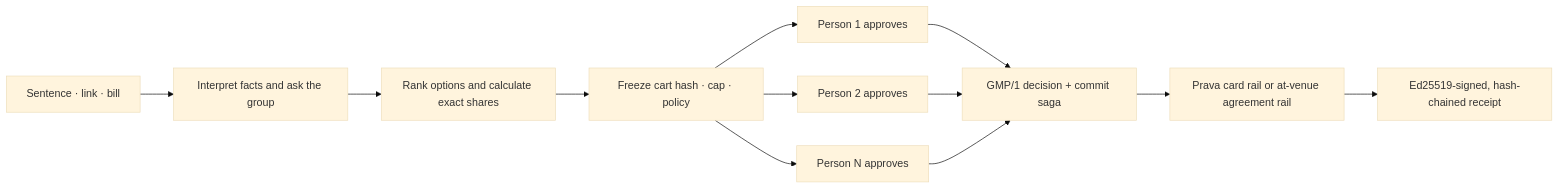
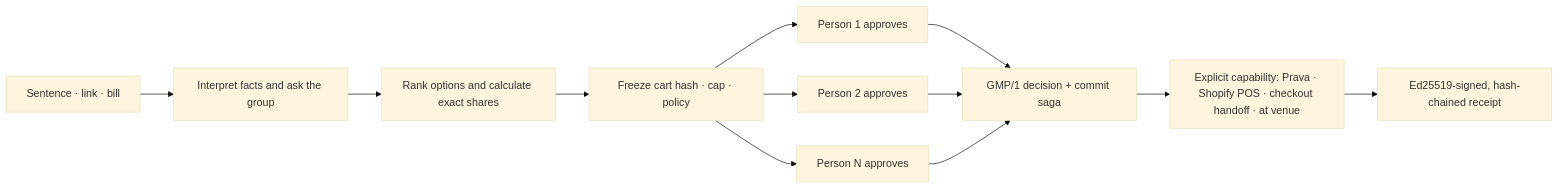
Before and after one commit to Soham109/sutra: the diagram in README.md, drawn with Mermaid (base theme). The commit also changed other lines of this file and 88 other files, not shown here.

````diff
--- a/README.md
+++ b/README.md
@@ -29,14 +29,14 @@
 ```mermaid
 flowchart LR
     A["Sentence · link · bill"] --> B["Interpret facts and ask the group"]
     B --> C["Rank options and calculate exact shares"]
     C --> D["Freeze cart hash · cap · policy"]
     D --> E1["Person 1 approves"]
     D --> E2["Person 2 approves"]
     D --> E3["Person N approves"]
     E1 --> F["GMP/1 decision + commit saga"]
     E2 --> F
     E3 --> F
-    F --> G["Prava card rail or at-venue agreement rail"]
+    F --> G["Explicit capability: Prava · Shopify POS · checkout handoff · at venue"]
     G --> H["Ed25519-signed, hash-chained receipt"]
 ```
````
